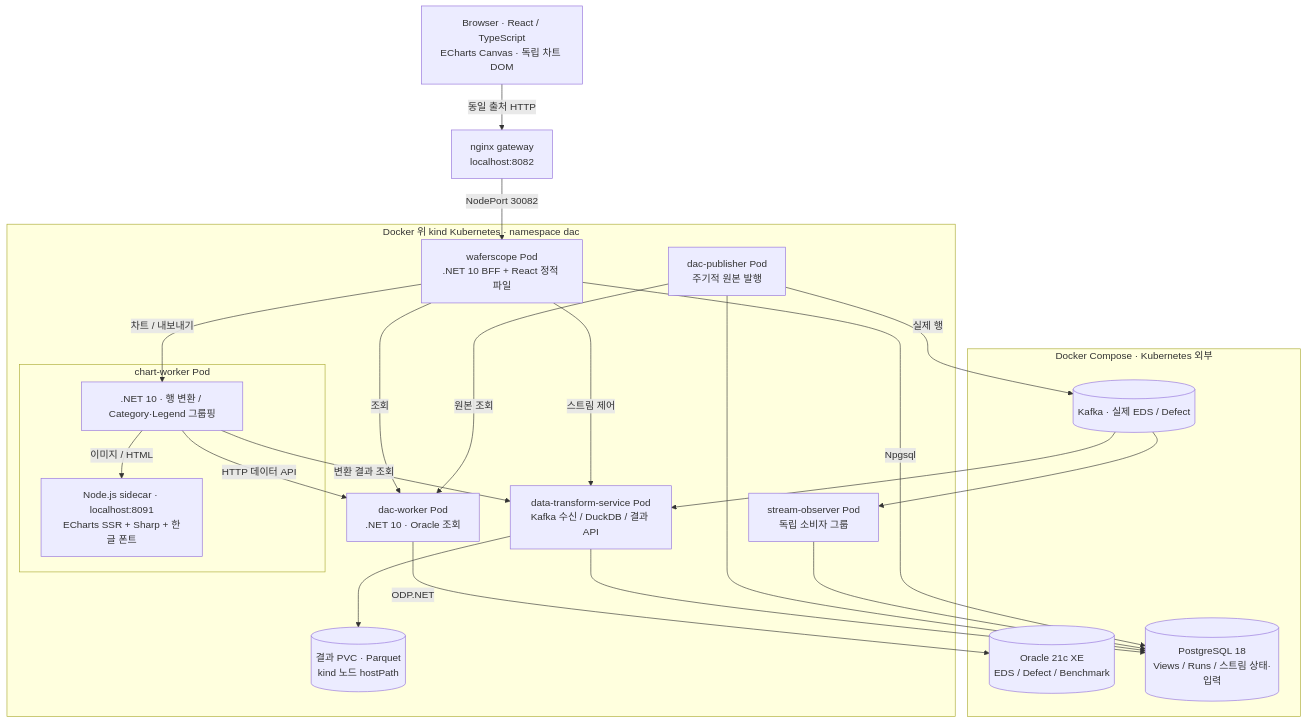
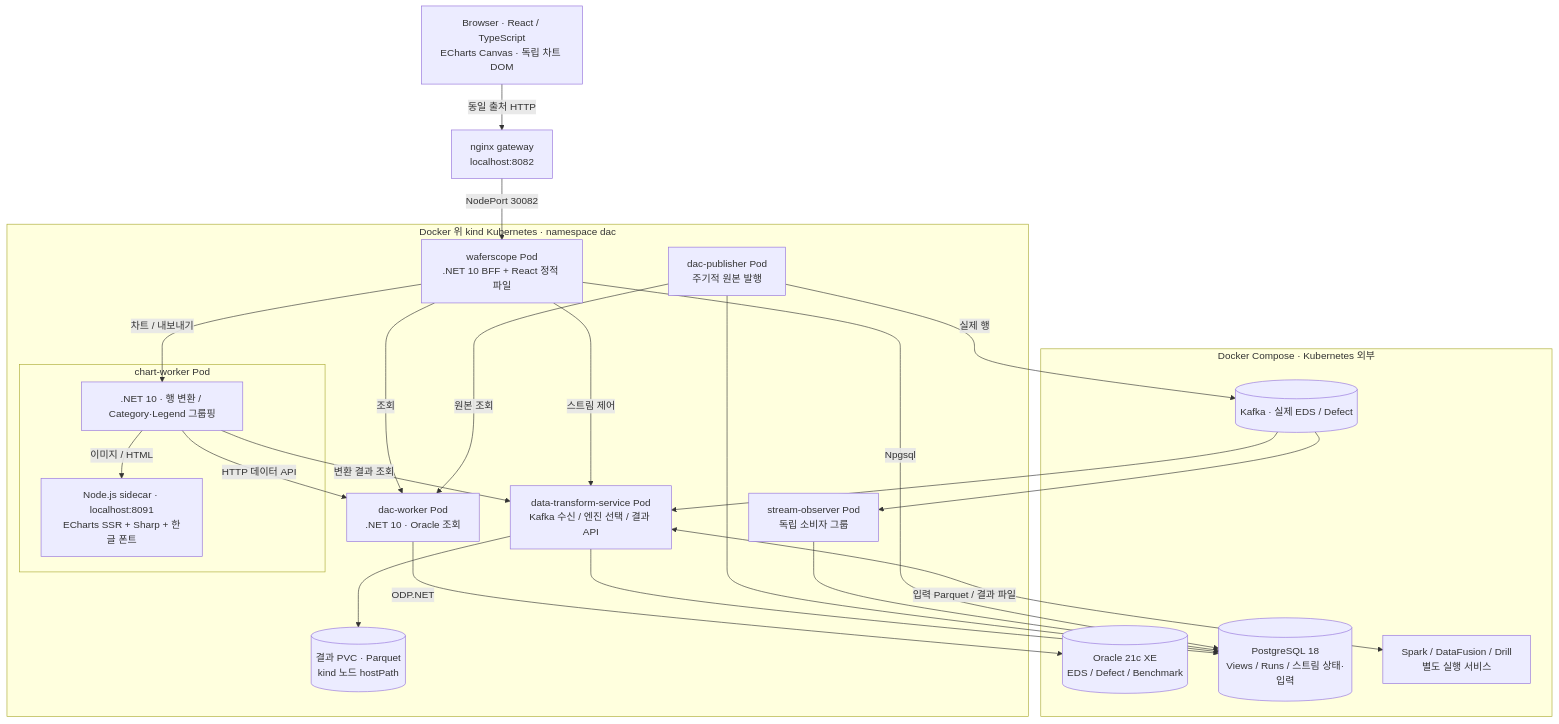
Before and after one commit to amuro33/dac-duckdb: the first of 4 diagrams in docs/architecture.md, drawn with Mermaid. The commit also changed other lines of this file and 46 other files, not shown here.

First line of the commit message:
Add selectable Spark, DataFusion and Drill analytics engines

````diff
--- a/docs/architecture.md
+++ b/docs/architecture.md
@@ -9,40 +11,42 @@
 ```mermaid
 flowchart TB
   browser["Browser · React / TypeScript<br/>ECharts Canvas · 독립 차트 DOM"]
   gateway["nginx gateway<br/>localhost:8082"]
   subgraph cluster["Docker 위 kind Kubernetes · namespace dac"]
     portal["waferscope Pod<br/>.NET 10 BFF + React 정적 파일"]
     dac["dac-worker Pod<br/>.NET 10 · Oracle 조회"]
-    transform["data-transform-service Pod<br/>Kafka 수신 / DuckDB / 결과 API"]
+    transform["data-transform-service Pod<br/>Kafka 수신 / 엔진 선택 / 결과 API"]
     publisher["dac-publisher Pod<br/>주기적 원본 발행"]
     result[("결과 PVC · Parquet<br/>kind 노드 hostPath")]
     observer["stream-observer Pod<br/>독립 소비자 그룹"]
     subgraph chartpod["chart-worker Pod"]
       chart[".NET 10 · 행 변환 / Category·Legend 그룹핑"]
       renderer["Node.js sidecar · localhost:8091<br/>ECharts SSR + Sharp + 한글 폰트"]
     end
   end
   subgraph databases["Docker Compose · Kubernetes 외부"]
     oracle[("Oracle 21c XE<br/>EDS / Defect / Benchmark")]
     postgres[("PostgreSQL 18<br/>Views / Runs / 스트림 상태·입력")]
     kafka[("Kafka · 실제 EDS / Defect")]
+    engines["Spark / DataFusion / Drill<br/>별도 실행 서비스"]
   end
   browser -->|"동일 출처 HTTP"| gateway
   gateway -->|"NodePort 30082"| portal
   portal -->|"조회"| dac
   portal -->|"스트림 제어"| transform
   publisher -->|"원본 조회"| dac
   publisher -->|"실제 행"| kafka
+  transform <-->|"입력 Parquet / 결과 파일"| engines
   kafka --> transform
   kafka --> observer
   transform --> postgres
   transform --> result
   publisher --> postgres
   observer --> postgres
   chart -->|"변환 결과 조회"| transform
   portal -->|"차트 / 내보내기"| chart
   chart -->|"HTTP 데이터 API"| dac
   chart -->|"이미지 / HTML"| renderer
   dac -->|"ODP.NET"| oracle
   portal -->|"Npgsql"| postgres
 ```
````
